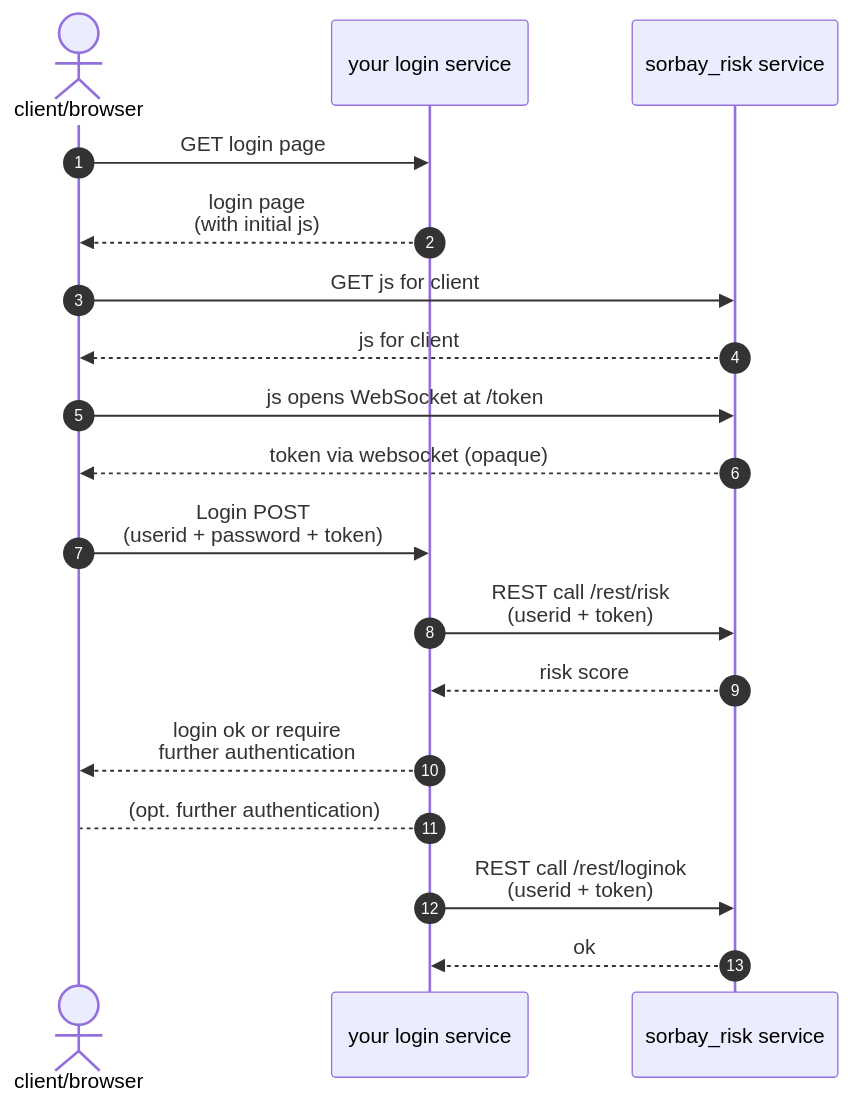
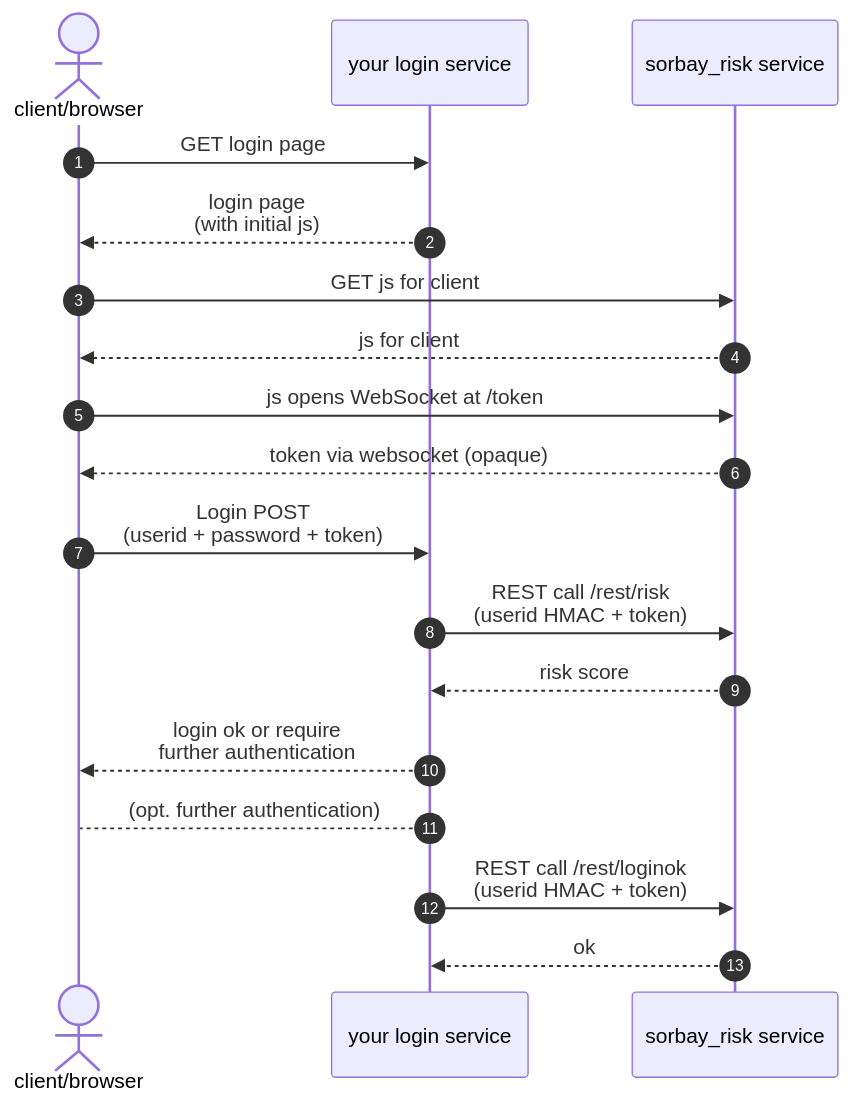
Before and after one commit to sorbay/sorbay-documentation: the diagram in docs/en/sorbay_risk_integration.md, drawn with Mermaid. The commit also changed other lines of this file, not shown here.

Commit message:
Task #251226 documented switch to HMAC of userid

````diff
--- a/docs/en/sorbay_risk_integration.md
+++ b/docs/en/sorbay_risk_integration.md
@@ -36,23 +36,23 @@
 ```mermaid
 sequenceDiagram
 
 autonumber
 
 actor client as client/browser
 participant login as your login service
 participant risk as sorbay_risk service
 
 client ->> login: GET login page
 login -->> client: login page<br>(with initial js)
 client ->> risk: GET js for client
 risk -->> client: js for client
 client ->> risk: js opens WebSocket at /token
 risk -->> client: token via websocket (opaque)
 client ->> login: Login POST<br>(userid + password + token)
-login ->> risk: REST call /rest/risk<br>(userid + token)
+login ->> risk: REST call /rest/risk<br>(userid HMAC + token)
 risk -->> login: risk score
 login -->> client : login ok or require<br>further authentication
 login --> client : (opt. further authentication)
-login ->> risk: REST call /rest/loginok<br>(userid + token)
+login ->> risk: REST call /rest/loginok<br>(userid HMAC + token)
 risk -->> login: ok
 ```
````
